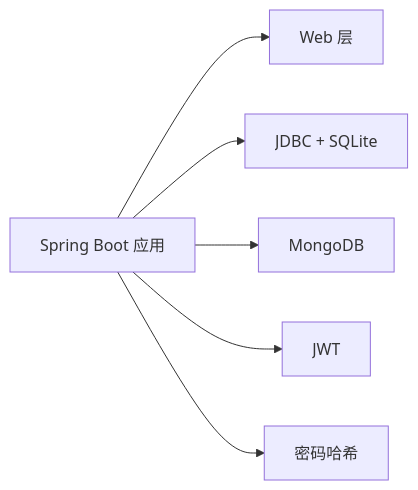
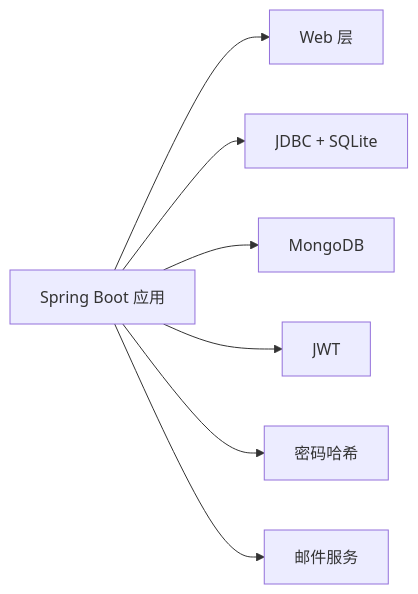
Before and after one commit to huangman881112/aiforip: the fifth of 5 diagrams in .qoder/repowiki/zh/content/部署与配置/部署与配置.md, drawn with Mermaid. The commit also changed other lines of this file and 98 other files, not shown here.

````diff
--- a/.qoder/repowiki/zh/content/部署与配置/部署与配置.md
+++ b/.qoder/repowiki/zh/content/部署与配置/部署与配置.md
@@ -198,8 +290,9 @@
 ```mermaid
 graph LR
 A["Spring Boot 应用"] --> B["Web 层"]
 A --> C["JDBC + SQLite"]
 A --> D["MongoDB"]
 A --> E["JWT"]
 A --> F["密码哈希"]
+A --> G["邮件服务"]
 ```
````
